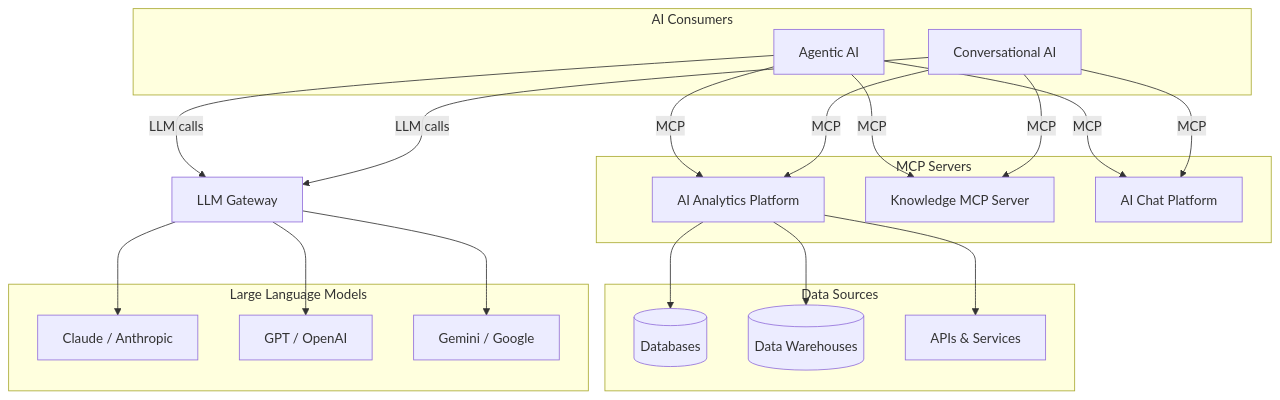
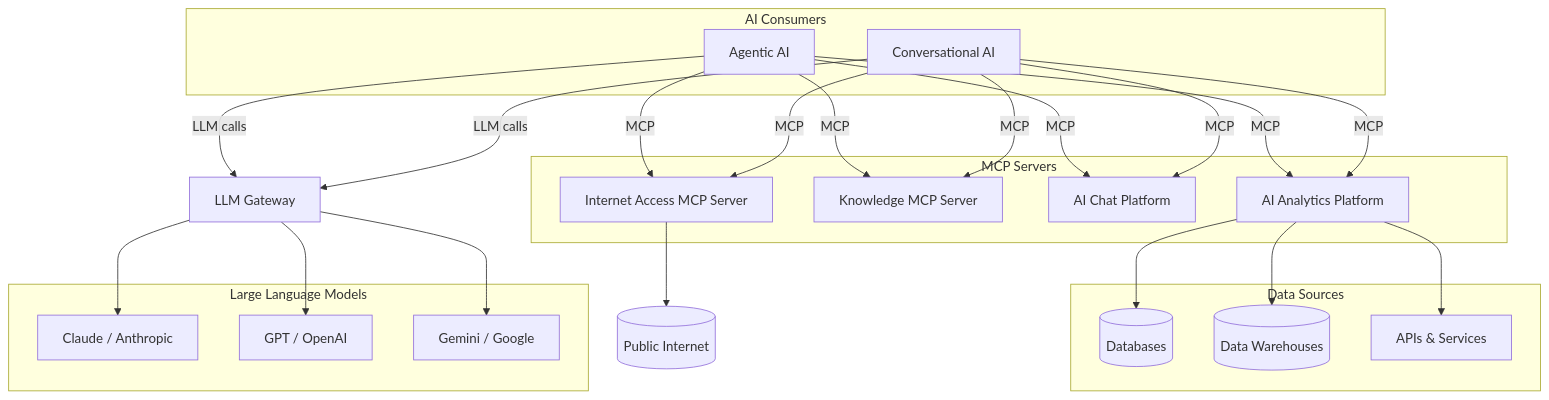
One commit to M-A-Operating-System/shared-work changed the diagram in README.md. Above: the diagram before and after it, drawn with Mermaid. The commit also changed other lines of this file and 17 other files, not shown here.

First line of the commit message:
docs(internet): editorial pass, server surface page, and ecosystem integration

````diff
--- a/README.md
+++ b/README.md
@@ -39,48 +39,55 @@
 ```mermaid
 flowchart TB
     subgraph Consumers["AI Consumers"]
         AgAI[Agentic AI]
         ConvAI[Conversational AI]
     end
 
     subgraph MCPServers["MCP Servers"]
         AN[AI Analytics Platform]
         KN[Knowledge MCP Server]
         CH[AI Chat Platform]
+        IN[Internet Access MCP Server]
     end
 
     subgraph DataSources["Data Sources"]
         DB[(Databases)]
         DW[(Data Warehouses)]
         API[APIs & Services]
     end
+
+    WEB[("Public Internet")]
 
     GW[LLM Gateway]
 
     subgraph LLMPool["Large Language Models"]
         L1[Claude / Anthropic]
         L2[GPT / OpenAI]
         L3[Gemini / Google]
     end
 
     AN --> DB
     AN --> DW
     AN --> API
+    IN --> WEB
     GW --> L1
     GW --> L2
     GW --> L3
 
-    click AN href "docs/product/analytics/README.md"
-    click KN href "docs/product/knowledge/README.md"
-    click CH href "docs/product/assistant/README.md"
-    click ConvAI href "docs/product/assistant/README.md"
+    click AN href "docs/product/analytics/01-overview.md"
+    click KN href "docs/product/knowledge/01-overview.md"
+    click CH href "docs/product/assistant/00-overview.md"
+    click IN href "docs/product/internet/01-overview.md"
+    click ConvAI href "docs/product/assistant/00-overview.md"
 
     AgAI -->|MCP| AN
     AgAI -->|MCP| KN
     AgAI -->|MCP| CH
+    AgAI -->|MCP| IN
     AgAI -->|LLM calls| GW
     ConvAI -->|MCP| AN
     ConvAI -->|MCP| KN
     ConvAI -->|MCP| CH
+    ConvAI -->|MCP| IN
     ConvAI -->|LLM calls| GW
 ```
````
